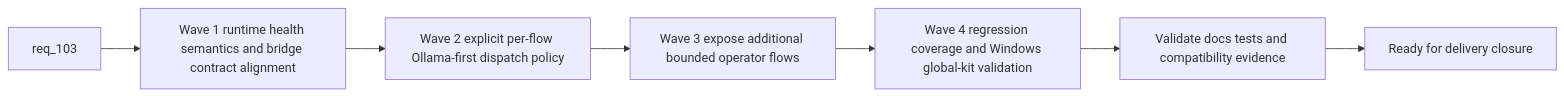
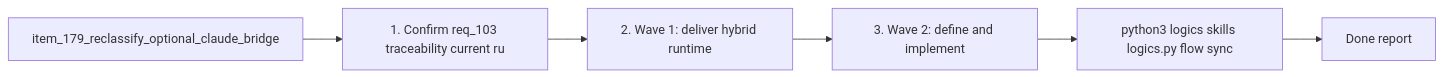
One commit to AlexAgo83/logics-manager changed the diagram in logics/tasks/task_105_orchestration_delivery_for_req_103_hybrid_runtime_status_semantics_dispatch_expansion_and_windows_global_kit_validation.md. Above: the diagram before and after it, drawn with Mermaid. The commit also changed other lines of this file and 481 other files, not shown here.

````diff
--- a/logics/tasks/task_105_orchestration_delivery_for_req_103_hybrid_runtime_status_semantics_dispatch_expansion_and_windows_global_kit_validation.md
+++ b/logics/tasks/task_105_orchestration_delivery_for_req_103_hybrid_runtime_status_semantics_dispatch_expansion_and_windows_global_kit_validation.md
@@ -40,11 +40,10 @@
 ```mermaid
 %% logics-kind: task
 %% logics-signature: task|orchestration-delivery-for-req-103-acros|item-179-reclassify-optional-claude-brid|1-confirm-req-103-traceability-current-r|python3-logics-skills-logics-py-flow-syn
 flowchart LR
-    Start[req_103] --> Wave1[Wave 1 runtime health semantics and bridge contract alignment]
-    Wave1 --> Wave2[Wave 2 explicit per-flow Ollama-first dispatch policy]
-    Wave2 --> Wave3[Wave 3 expose additional bounded operator flows]
-    Wave3 --> Wave4[Wave 4 regression coverage and Windows global-kit validation]
-    Wave4 --> Validate[Validate docs tests and compatibility evidence]
-    Validate --> Report[Ready for delivery closure]
+    Backlog[item_179_reclassify_optional_claude_bridge] --> Step1[1. Confirm req_103 traceability current ru]
+    Step1 --> Step2[2. Wave 1: deliver hybrid runtime]
+    Step2 --> Step3[3. Wave 2: define and implement]
+    Step3 --> Validation[python3 logics skills logics.py flow sync]
+    Validation --> Report[Done report]
 ```
````
